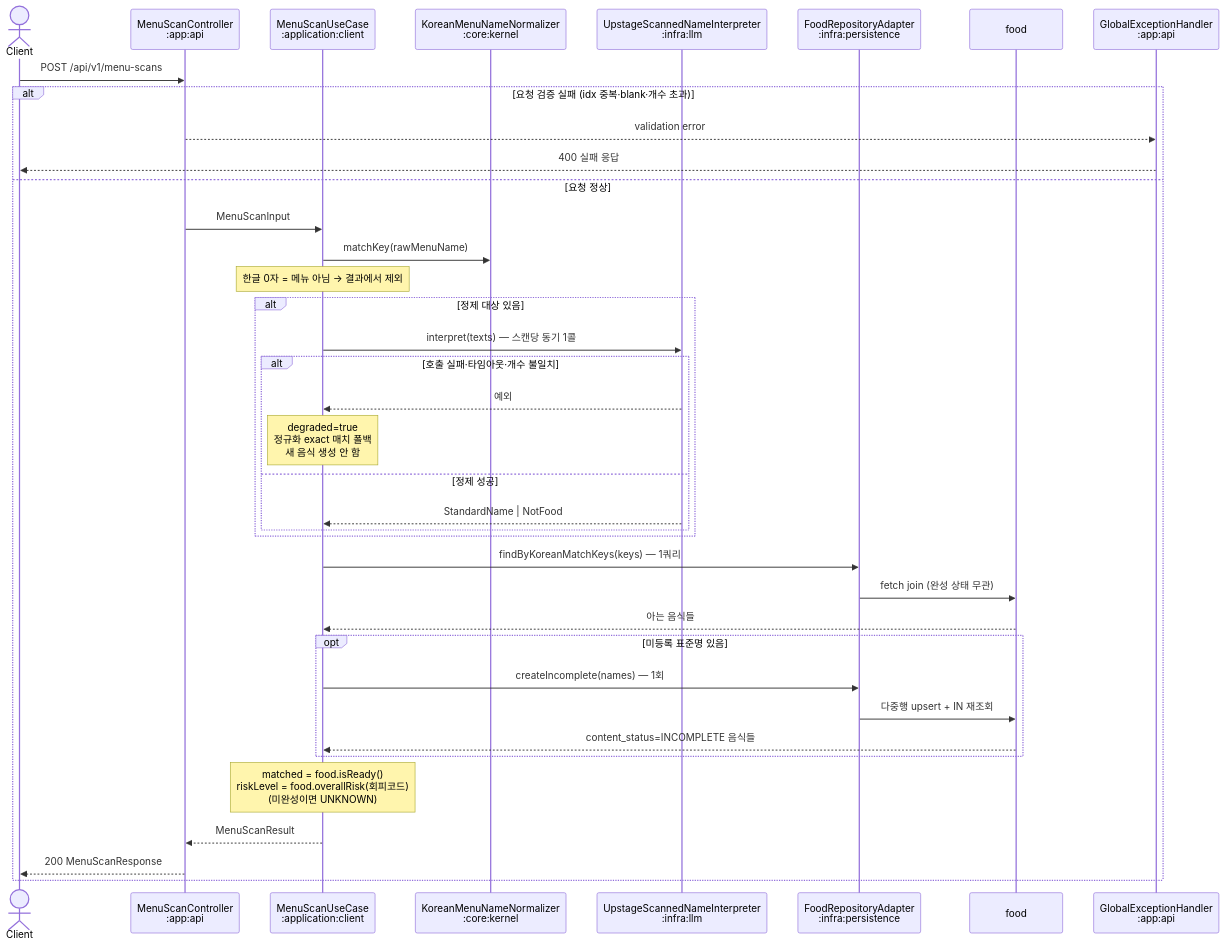
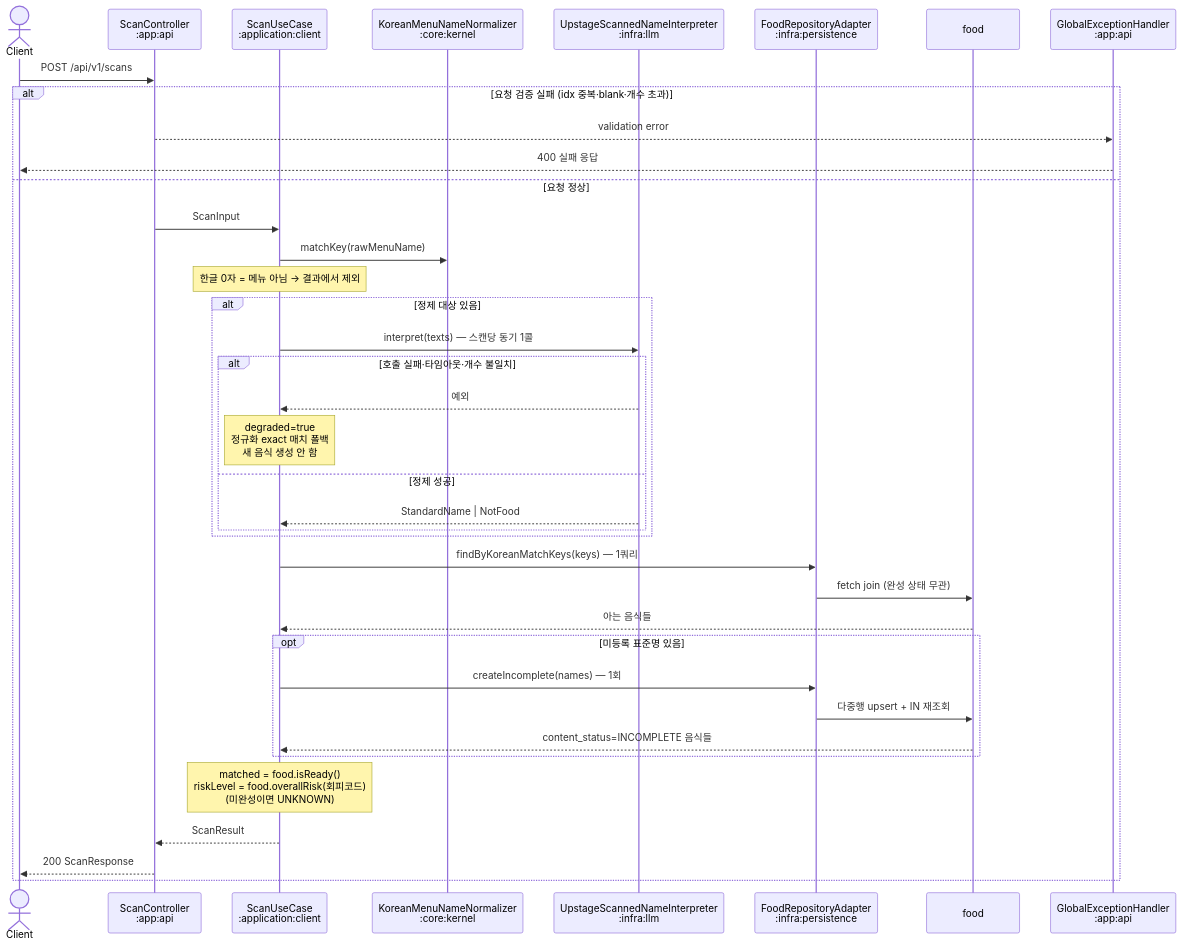
The third of 3 diagrams in docs/architecture/api-request-flows.md (team-skyjs/kbap-server), drawn with Mermaid before and after one commit. The commit also changed other lines of this file and 17 other files, not shown here.

First line of the commit message:
refactor(scan): 스캔 API 를 /api/v1/scans 로, 클래스는 Scan* 으로

````diff
--- a/docs/architecture/api-request-flows.md
+++ b/docs/architecture/api-request-flows.md
@@ -106,45 +106,45 @@
 ```mermaid
 sequenceDiagram
     actor Client
-    participant Controller as MenuScanController<br/>:app:api
-    participant UseCase as MenuScanUseCase<br/>:application:client
+    participant Controller as ScanController<br/>:app:api
+    participant UseCase as ScanUseCase<br/>:application:client
     participant Kernel as KoreanMenuNameNormalizer<br/>:core:kernel
     participant Llm as UpstageScannedNameInterpreter<br/>:infra:llm
     participant Persistence as FoodRepositoryAdapter<br/>:infra:persistence
     participant DB as food
     participant Error as GlobalExceptionHandler<br/>:app:api
 
-    Client->>Controller: POST /api/v1/menu-scans
+    Client->>Controller: POST /api/v1/scans
     alt 요청 검증 실패 (idx 중복·blank·개수 초과)
         Controller-->>Error: validation error
         Error-->>Client: 400 실패 응답
     else 요청 정상
-        Controller->>UseCase: MenuScanInput
+        Controller->>UseCase: ScanInput
         UseCase->>Kernel: matchKey(rawMenuName)
         Note over UseCase: 한글 0자 = 메뉴 아님 → 결과에서 제외
 
         alt 정제 대상 있음
             UseCase->>Llm: interpret(texts) — 스캔당 동기 1콜
             alt 호출 실패·타임아웃·개수 불일치
                 Llm-->>UseCase: 예외
                 Note over UseCase: degraded=true<br/>정규화 exact 매치 폴백<br/>새 음식 생성 안 함
             else 정제 성공
                 Llm-->>UseCase: StandardName | NotFood
             end
         end
 
         UseCase->>Persistence: findByKoreanMatchKeys(keys) — 1쿼리
         Persistence->>DB: fetch join (완성 상태 무관)
         DB-->>UseCase: 아는 음식들
 
         opt 미등록 표준명 있음
             UseCase->>Persistence: createIncomplete(names) — 1회
             Persistence->>DB: 다중행 upsert + IN 재조회
             DB-->>UseCase: content_status=INCOMPLETE 음식들
         end
 
         Note over UseCase: matched = food.isReady()<br/>riskLevel = food.overallRisk(회피코드)<br/>(미완성이면 UNKNOWN)
-        UseCase-->>Controller: MenuScanResult
-        Controller-->>Client: 200 MenuScanResponse
+        UseCase-->>Controller: ScanResult
+        Controller-->>Client: 200 ScanResponse
     end
 ```
````
